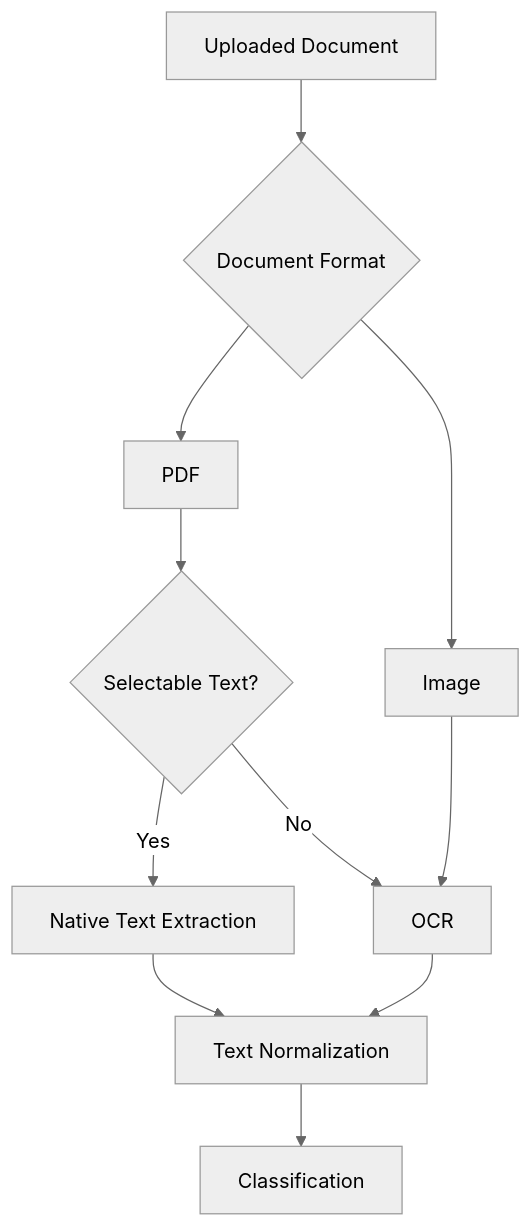
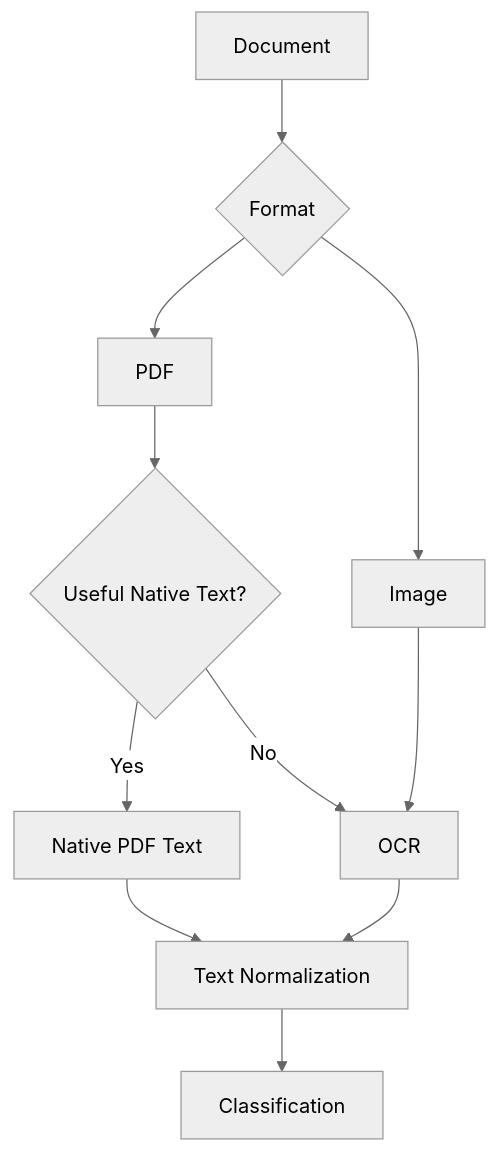
One commit to SAHILDAS/financial-document-analyzer changed the second of 8 diagrams in ARCHITECTURE.md. Above: the diagram before and after it, drawn with Mermaid (neutral theme). The commit also changed other lines of this file and 5 other files, not shown here.

````diff
--- a/ARCHITECTURE.md
+++ b/ARCHITECTURE.md
@@ -550,22 +576,21 @@
 ```mermaid
 flowchart TD
+    DOC[Document]
 
-    DOC[Uploaded Document]
+    DOC --> FORMAT{Format}
 
-    DOC --> TYPE{Document Format}
+    FORMAT --> PDF[PDF]
+    FORMAT --> IMAGE[Image]
 
-    TYPE --> PDF[PDF]
-    TYPE --> IMG[Image]
+    PDF --> TEXT{Useful Native Text?}
 
-    PDF --> TEXTCHECK{Selectable Text?}
+    TEXT -->|Yes| NATIVE[Native PDF Text]
+    TEXT -->|No| OCR[OCR]
 
-    TEXTCHECK -->|Yes| TEXT[Native Text Extraction]
-    TEXTCHECK -->|No| OCR[OCR]
-
-    IMG --> OCR
+    IMAGE --> OCR
 
     OCR --> NORMALIZE[Text Normalization]
-    TEXT --> NORMALIZE
+    NATIVE --> NORMALIZE
 
     NORMALIZE --> CLASSIFY[Classification]
 ```
````
